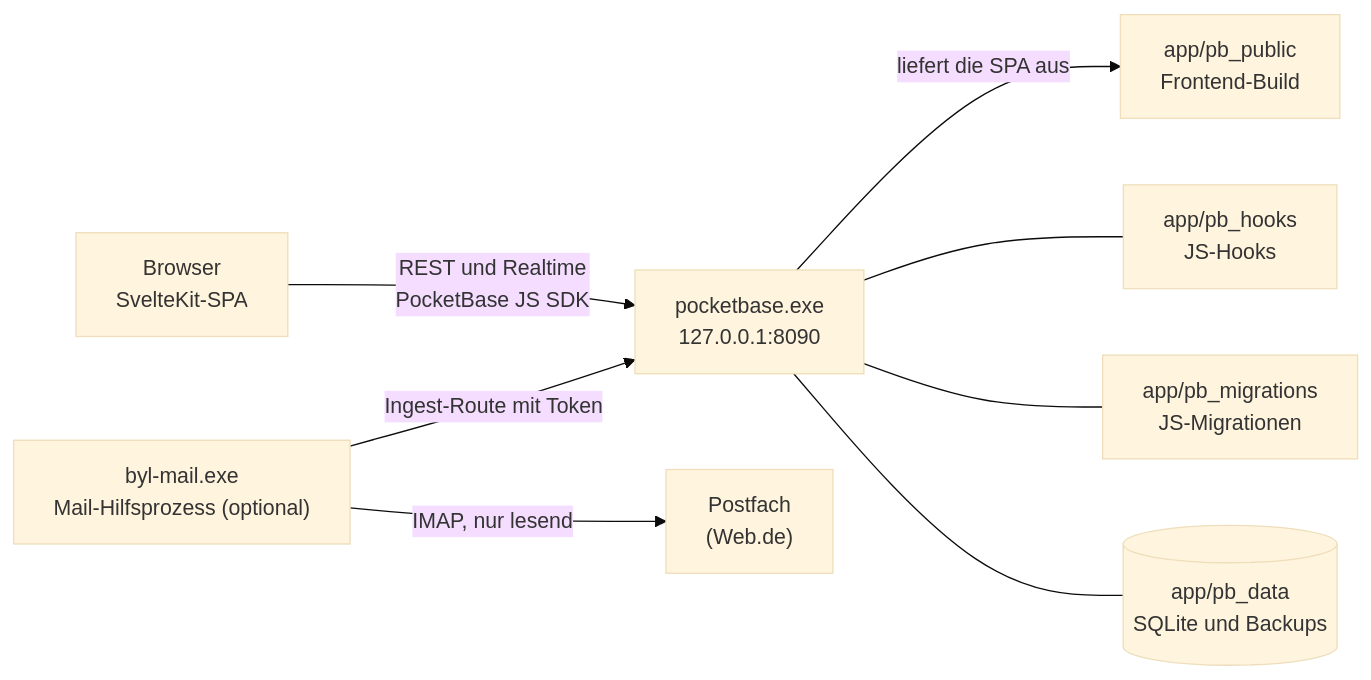
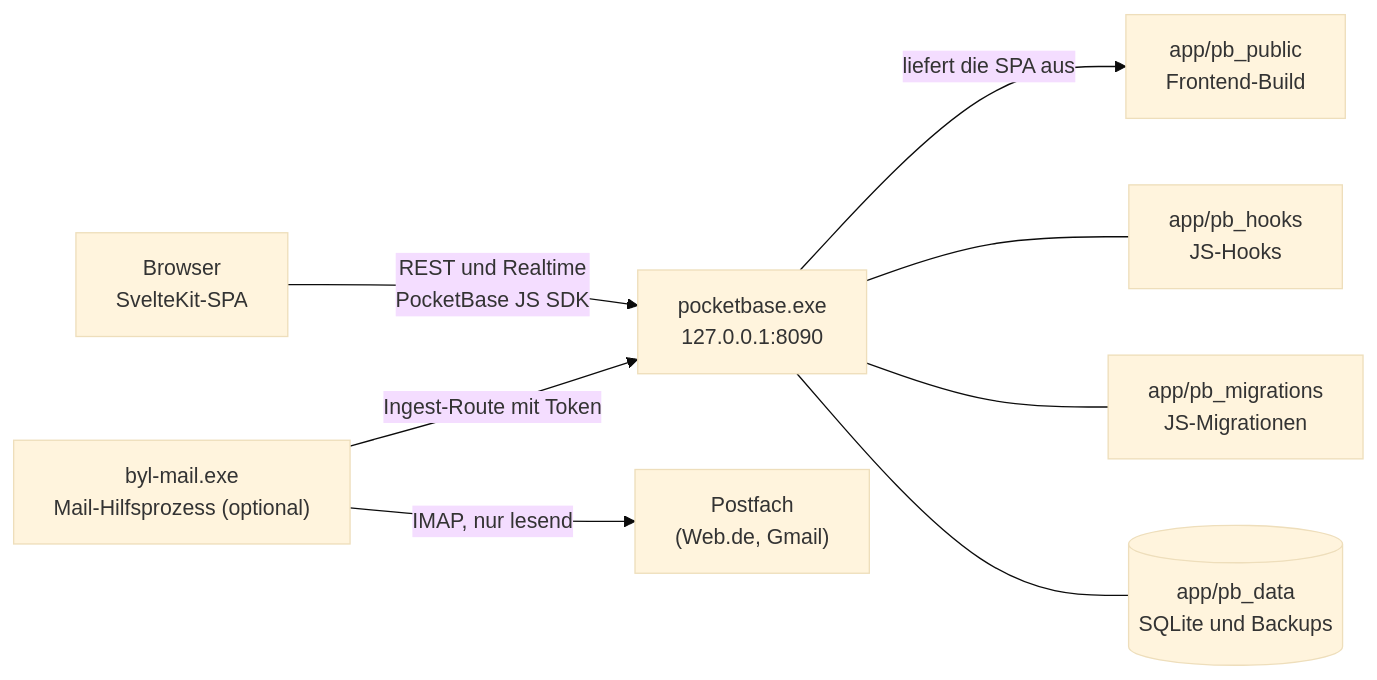
One commit to Labushuya/becauseyoulovejira changed the diagram in README.md. Above: the diagram before and after it, drawn with Mermaid (base theme). The commit also changed other lines of this file and 19 other files, not shown here.

````diff
--- a/README.md
+++ b/README.md
@@ -52,10 +52,10 @@
 ```mermaid
 flowchart LR
     B["Browser<br/>SvelteKit-SPA"] -- "REST und Realtime<br/>PocketBase JS SDK" --> P["pocketbase.exe<br/>127.0.0.1:8090"]
     P -- "liefert die SPA aus" --> PUB["app/pb_public<br/>Frontend-Build"]
     P --- H["app/pb_hooks<br/>JS-Hooks"]
     P --- M["app/pb_migrations<br/>JS-Migrationen"]
     P --- D[("app/pb_data<br/>SQLite und Backups")]
     MH["byl-mail.exe<br/>Mail-Hilfsprozess (optional)"] -- "Ingest-Route mit Token" --> P
-    MH -- "IMAP, nur lesend" --> IMAP["Postfach<br/>(Web.de)"]
+    MH -- "IMAP, nur lesend" --> IMAP["Postfach<br/>(Web.de, Gmail)"]
 ```
````
